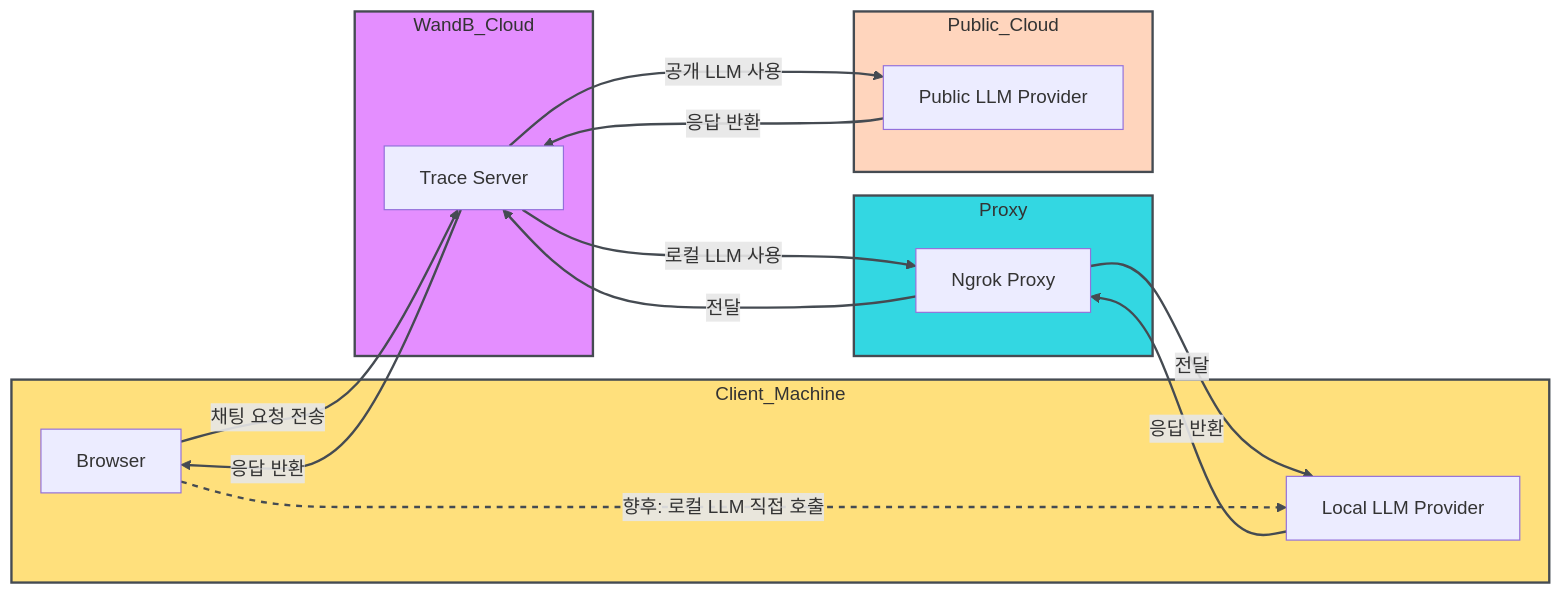
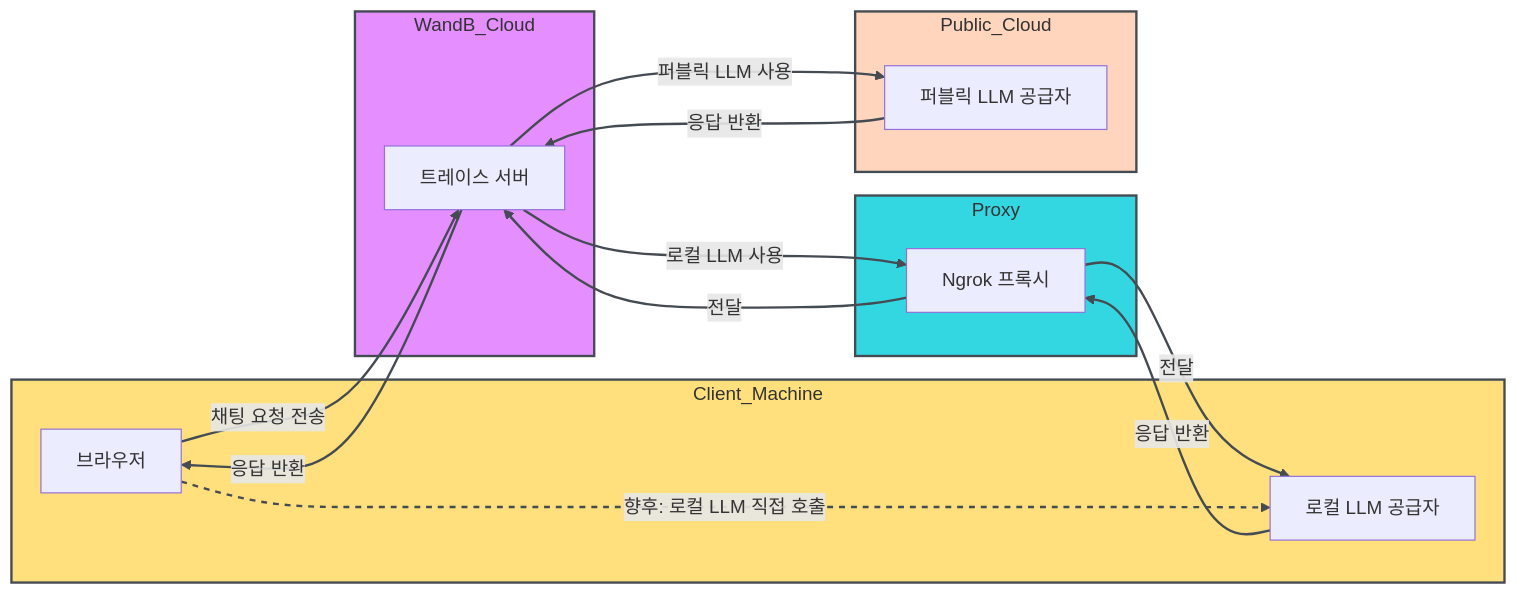
Before and after one commit to wandb/docs: the diagram in ko/weave/guides/tools/playground.mdx, drawn with Mermaid. The commit also changed other lines of this file and 2852 other files, not shown here.

````diff
--- a/ko/weave/guides/tools/playground.mdx
+++ b/ko/weave/guides/tools/playground.mdx
@@ -277,49 +278,49 @@
 ```mermaid
 flowchart LR
     %% 스타일 정의
     classDef clientMachine fill:#FFD95CCC,stroke:#454B52,stroke-width:2px
     classDef proxy fill:#00CDDBCC,stroke:#454B52,stroke-width:2px
     classDef wandbCloud fill:#DE72FFCC,stroke:#454B52,stroke-width:2px
     classDef publicCloud fill:#FFCBADCC,stroke:#454B52,stroke-width:2px
 
     %% 서브그래프
     subgraph Client_Machine
-        browser[Browser]
-        llm_local[Local LLM Provider]
+        browser[브라우저]
+        llm_local[로컬 LLM 공급자]
     end
 
     subgraph Proxy
-        ngrok[Ngrok Proxy]
+        ngrok[Ngrok 프록시]
     end
 
     subgraph WandB_Cloud
-        trace_server[Trace Server]
+        trace_server[트레이스 서버]
     end
 
     subgraph Public_Cloud
-        llm_cloud[Public LLM Provider]
+        llm_cloud[퍼블릭 LLM 공급자]
     end
 
     %% 서브그래프에 스타일 적용
     class Client_Machine clientMachine
     class Proxy proxy
     class WandB_Cloud wandbCloud
     class Public_Cloud publicCloud
 
     %% 현재 데이터 흐름
     browser -->|채팅 요청 전송| trace_server
-    trace_server -->|공개 LLM 사용| llm_cloud
+    trace_server -->|퍼블릭 LLM 사용| llm_cloud
     trace_server -->|로컬 LLM 사용| ngrok
     ngrok -->|전달| llm_local
     llm_cloud -->|응답 반환| trace_server
     llm_local -->|응답 반환| ngrok
     ngrok -->|전달| trace_server
     trace_server -->|응답 반환| browser
 
     %% 향후 가능한 연결
     browser -.->|향후: 로컬 LLM 직접 호출| llm_local
 
     %% 링크 스타일
     linkStyle default stroke:#454B52,stroke-width:2px
     linkStyle 8 stroke:#454B52,stroke-width:2px,stroke-dasharray:5
 ```
````
